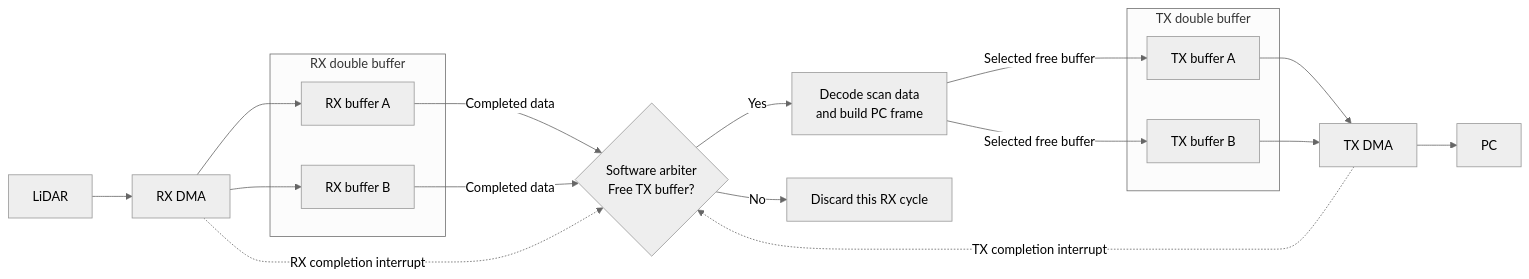
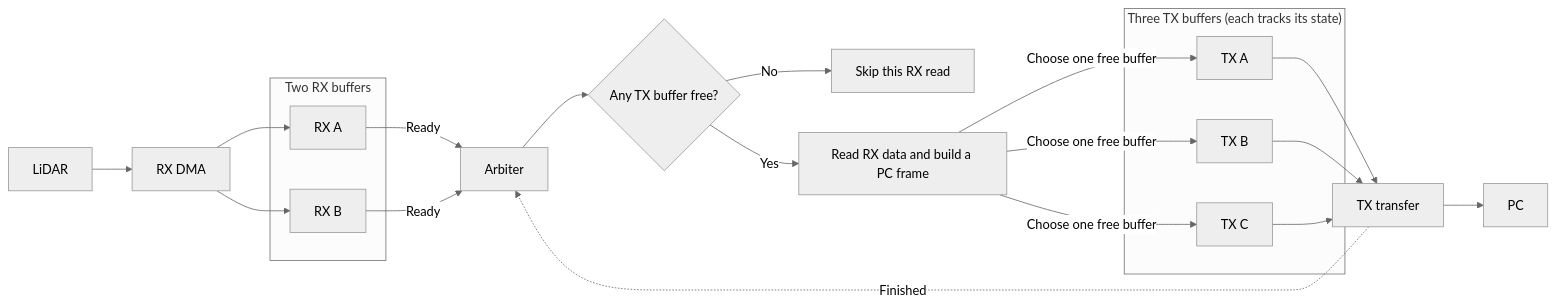
The second of 2 diagrams in docs/protocol.md (kei185/sensor-echo), drawn with Mermaid (neutral theme) before and after one commit. The commit also changed other lines of this file and 1 other file, not shown here.

Commit message:
fix docs about buffer arbitration

````diff
--- a/docs/protocol.md
+++ b/docs/protocol.md
@@ -58,26 +37,28 @@
 ```mermaid
 flowchart LR
     lidar[LiDAR] --> rx_dma[RX DMA]
-    subgraph rx_buffers[RX double buffer]
-        rx_a[RX buffer A]
-        rx_b[RX buffer B]
+    subgraph rx_buffers[Two RX buffers]
+        rx_a[RX A]
+        rx_b[RX B]
     end
     rx_dma --> rx_a
     rx_dma --> rx_b
-    rx_a -->|Completed data| arbiter{Software arbiter<br/>Free TX buffer?}
-    rx_b -->|Completed data| arbiter
-    rx_dma -. RX completion interrupt .-> arbiter
-
-    arbiter -->|Yes| convert[Decode scan data<br/>and build PC frame]
-    arbiter -->|No| discard[Discard this RX cycle]
-    subgraph tx_buffers[TX double buffer]
-        tx_a[TX buffer A]
-        tx_b[TX buffer B]
+    rx_a -->|Ready| arbiter[Arbiter]
+    rx_b -->|Ready| arbiter
+    arbiter --> free{Any TX buffer free?}
+    free -->|No| skip[Skip this RX read]
+    free -->|Yes| build[Read RX data and build a PC frame]
+    subgraph tx_buffers["Three TX buffers (each tracks its state)"]
+        tx_a[TX A]
+        tx_b[TX B]
+        tx_c[TX C]
     end
-    convert -->|Selected free buffer| tx_a
-    convert -->|Selected free buffer| tx_b
-    tx_a --> tx_dma[TX DMA]
-    tx_b --> tx_dma
-    tx_dma --> pc[PC]
-    tx_dma -. TX completion interrupt .-> arbiter
+    build -->|Choose one free buffer| tx_a
+    build -->|Choose one free buffer| tx_b
+    build -->|Choose one free buffer| tx_c
+    tx_a --> tx_transfer[TX transfer]
+    tx_b --> tx_transfer
+    tx_c --> tx_transfer
+    tx_transfer --> pc[PC]
+    tx_transfer -. Finished .-> arbiter
 ```
````
